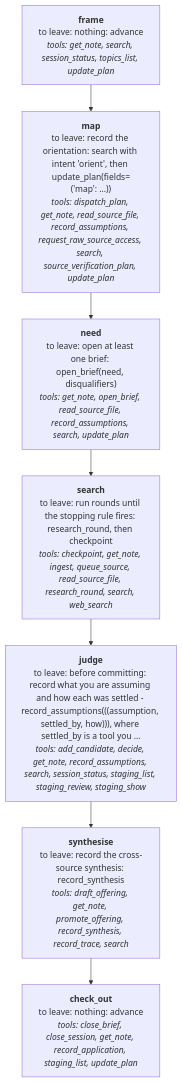
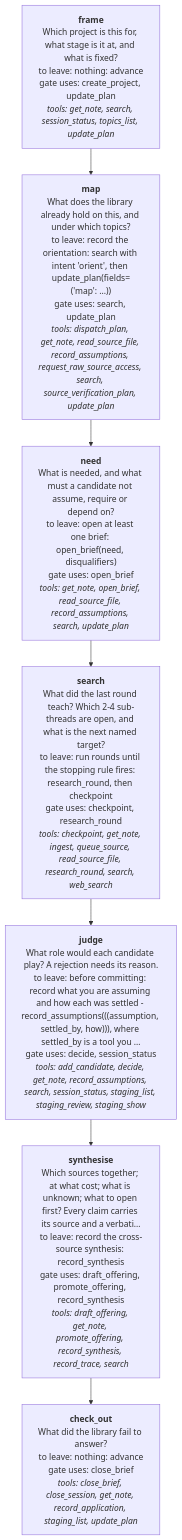
The third of 24 diagrams in reports/2026-11-20-workflow-map/WORKFLOW-MAP.md (Jake36999/Librarian_V2), drawn with Mermaid before and after one commit. The commit also changed other lines of this file and 11 other files, not shown here.

````diff
--- a/reports/2026-11-20-workflow-map/WORKFLOW-MAP.md
+++ b/reports/2026-11-20-workflow-map/WORKFLOW-MAP.md
@@ -47,16 +47,16 @@
 ```mermaid
 flowchart TD
-  p0["<b>frame</b><br/>to leave: nothing: advance<br/><i>tools: get_note, search, session_status, topics_list, update_plan</i>"]
-  p1["<b>map</b><br/>to leave: record the orientation: search with intent 'orient', then update_plan(fields=('map': ...))<br/><i>tools: dispatch_plan, get_note, read_source_file, record_assumptions, request_raw_source_access, search, source_verification_plan, update_plan</i>"]
+  p0["<b>frame</b><br/>Which project is this for, what stage is it at, and what is fixed?<br/>to leave: nothing: advance<br/>gate uses: create_project, update_plan<br/><i>tools: get_note, search, session_status, topics_list, update_plan</i>"]
+  p1["<b>map</b><br/>What does the library already hold on this, and under which topics?<br/>to leave: record the orientation: search with intent 'orient', then update_plan(fields=('map': ...))<br/>gate uses: search, update_plan<br/><i>tools: dispatch_plan, get_note, read_source_file, record_assumptions, request_raw_source_access, search, source_verification_plan, update_plan</i>"]
   p0 --> p1
-  p2["<b>need</b><br/>to leave: open at least one brief: open_brief(need, disqualifiers)<br/><i>tools: get_note, open_brief, read_source_file, record_assumptions, search, update_plan</i>"]
+  p2["<b>need</b><br/>What is needed, and what must a candidate not assume, require or depend on?<br/>to leave: open at least one brief: open_brief(need, disqualifiers)<br/>gate uses: open_brief<br/><i>tools: get_note, open_brief, read_source_file, record_assumptions, search, update_plan</i>"]
   p1 --> p2
-  p3["<b>search</b><br/>to leave: run rounds until the stopping rule fires: research_round, then checkpoint<br/><i>tools: checkpoint, get_note, ingest, queue_source, read_source_file, research_round, search, web_search</i>"]
+  p3["<b>search</b><br/>What did the last round teach? Which 2-4 sub-threads are open, and what is the next named target?<br/>to leave: run rounds until the stopping rule fires: research_round, then checkpoint<br/>gate uses: checkpoint, research_round<br/><i>tools: checkpoint, get_note, ingest, queue_source, read_source_file, research_round, search, web_search</i>"]
   p2 --> p3
-  p4["<b>judge</b><br/>to leave: before committing: record what you are assuming and how each was settled - record_assumptions(((assumption, settled_by, how))), where settled_by is a tool you …<br/><i>tools: add_candidate, decide, get_note, record_assumptions, search, session_status, staging_list, staging_review, staging_show</i>"]
+  p4["<b>judge</b><br/>What role would each candidate play? A rejection needs its reason.<br/>to leave: before committing: record what you are assuming and how each was settled - record_assumptions(((assumption, settled_by, how))), where settled_by is a tool you …<br/>gate uses: decide, session_status<br/><i>tools: add_candidate, decide, get_note, record_assumptions, search, session_status, staging_list, staging_review, staging_show</i>"]
   p3 --> p4
-  p5["<b>synthesise</b><br/>to leave: record the cross-source synthesis: record_synthesis<br/><i>tools: draft_offering, get_note, promote_offering, record_synthesis, record_trace, search</i>"]
+  p5["<b>synthesise</b><br/>Which sources together; at what cost; what is unknown; what to open first? Every claim carries its source and a verbati…<br/>to leave: record the cross-source synthesis: record_synthesis<br/>gate uses: draft_offering, promote_offering, record_synthesis<br/><i>tools: draft_offering, get_note, promote_offering, record_synthesis, record_trace, search</i>"]
   p4 --> p5
-  p6["<b>check_out</b><br/>to leave: nothing: advance<br/><i>tools: close_brief, close_session, get_note, record_application, staging_list, update_plan</i>"]
+  p6["<b>check_out</b><br/>What did the library fail to answer?<br/>to leave: nothing: advance<br/>gate uses: close_brief<br/><i>tools: close_brief, close_session, get_note, record_application, staging_list, update_plan</i>"]
   p5 --> p6
 ```
````
